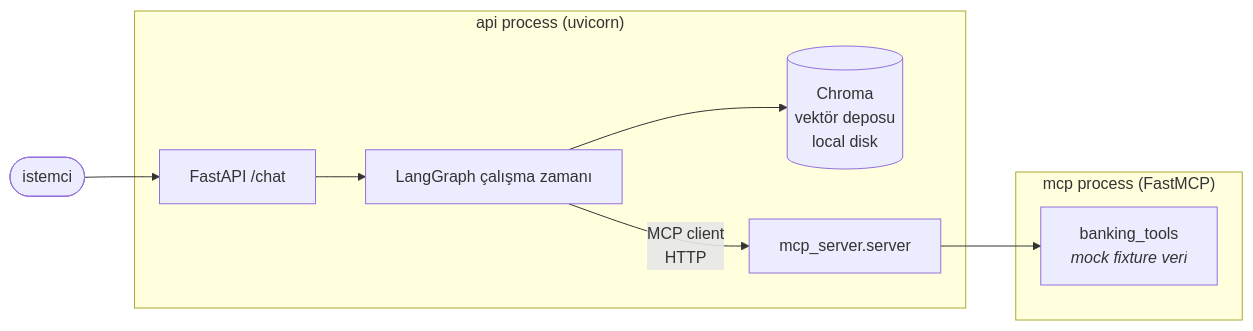
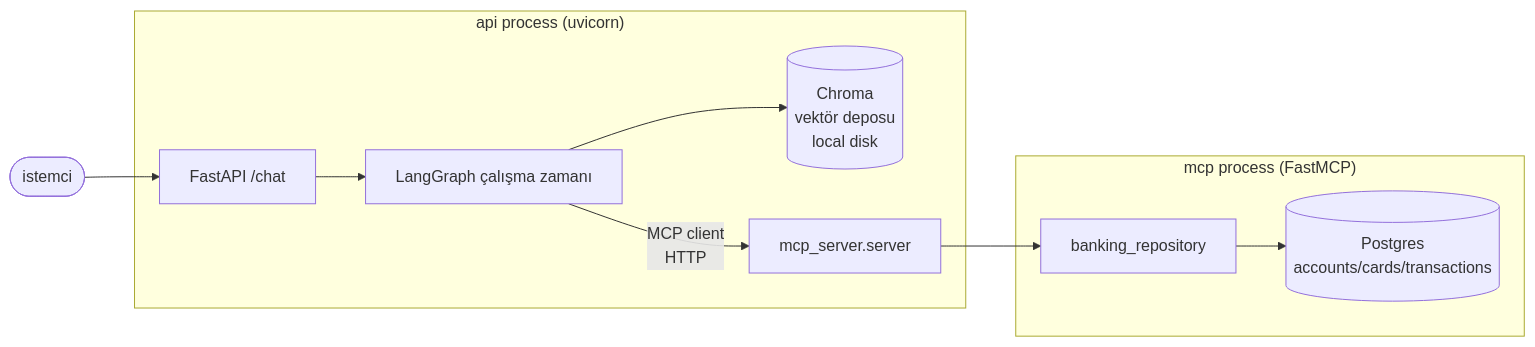
Before and after one commit to ebraronuk/multi-agent-banking-rag: the second of 2 diagrams in docs/architecture.md, drawn with Mermaid. The commit also changed other lines of this file and 28 other files, not shown here.

````diff
--- a/docs/architecture.md
+++ b/docs/architecture.md
@@ -50,12 +50,13 @@
 ```mermaid
 flowchart LR
     subgraph "api process (uvicorn)"
         API[FastAPI /chat] --> GRAPH[LangGraph çalışma zamanı]
         GRAPH --> CHROMA[(Chroma<br/>vektör deposu<br/>local disk)]
         GRAPH -->|MCP client<br/>HTTP| MCPSRV
     end
     subgraph "mcp process (FastMCP)"
-        MCPSRV[mcp_server.server] --> TOOLS[banking_tools<br/><i>mock fixture veri</i>]
+        MCPSRV[mcp_server.server] --> REPO[banking_repository]
+        REPO --> PG[(Postgres<br/>accounts/cards/transactions)]
     end
     CALLER([istemci]) --> API
 ```
````
